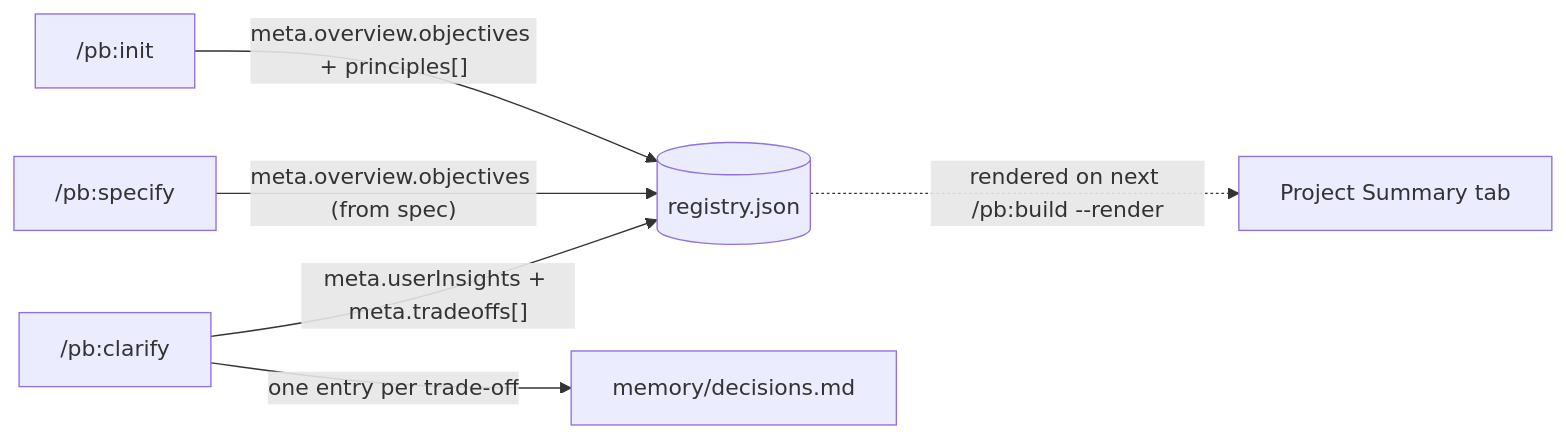
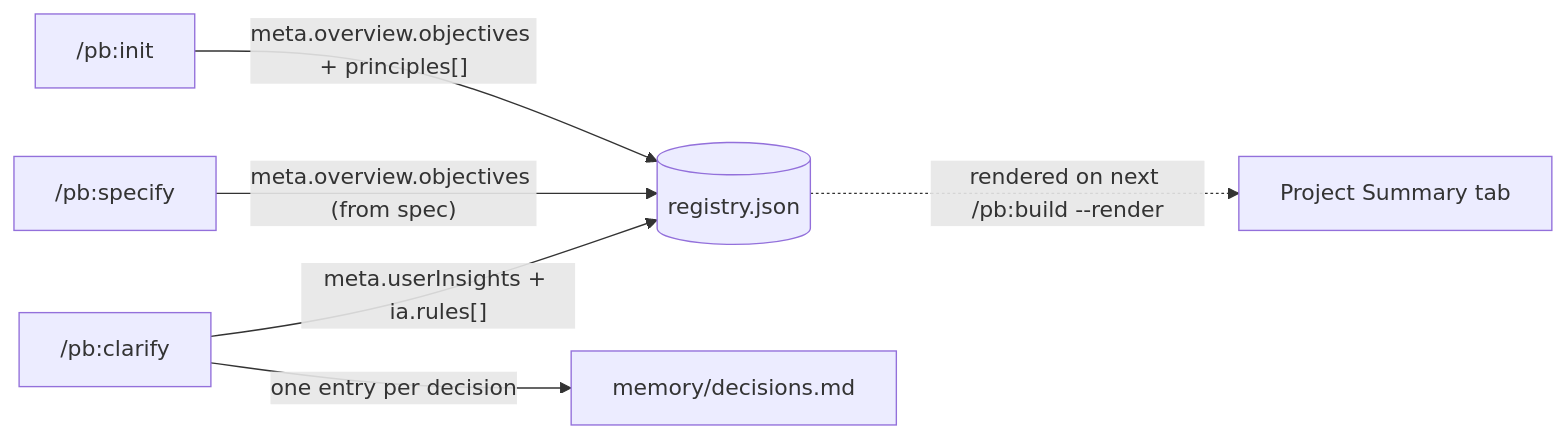
Before and after one commit to danhnbui/prototype-builder: the second of 4 diagrams in docs/data-flow.md, drawn with Mermaid. The commit also changed other lines of this file and 26 other files, not shown here.

First line of the commit message:
feat(test,logic): delegated test grading (D-32) and a trade-off stored as a rule (D-33, schema 12)

````diff
--- a/docs/data-flow.md
+++ b/docs/data-flow.md
@@ -70,8 +70,8 @@
 ```mermaid
 flowchart LR
   INIT["/pb:init"] -- "meta.overview.objectives + principles[]" --> REG[("registry.json")]
   SPEC["/pb:specify"] -- "meta.overview.objectives (from spec)" --> REG
-  CLAR["/pb:clarify"] -- "meta.userInsights + meta.tradeoffs[]" --> REG
-  CLAR -- "one entry per trade-off" --> DEC["memory/decisions.md"]
+  CLAR["/pb:clarify"] -- "meta.userInsights + ia.rules[]" --> REG
+  CLAR -- "one entry per decision" --> DEC["memory/decisions.md"]
   REG -. "rendered on next /pb:build --render" .-> SUMMARY["Project Summary tab"]
 ```
````
